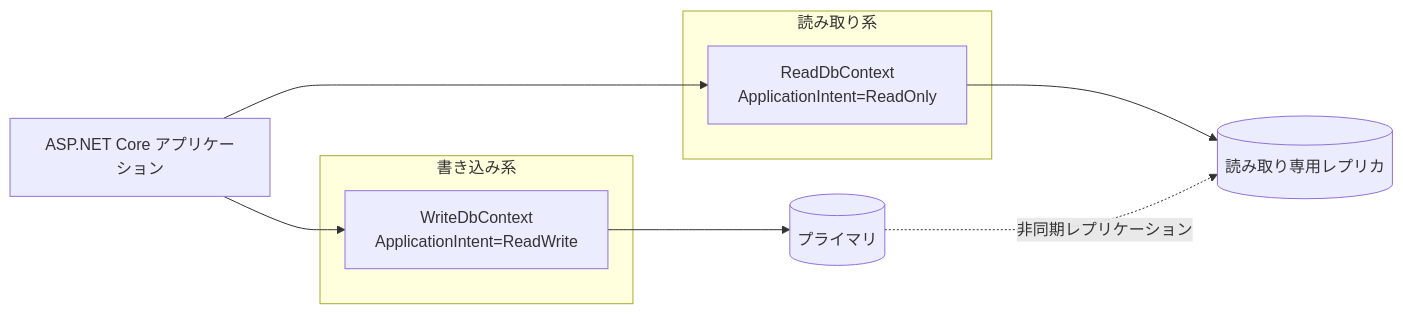
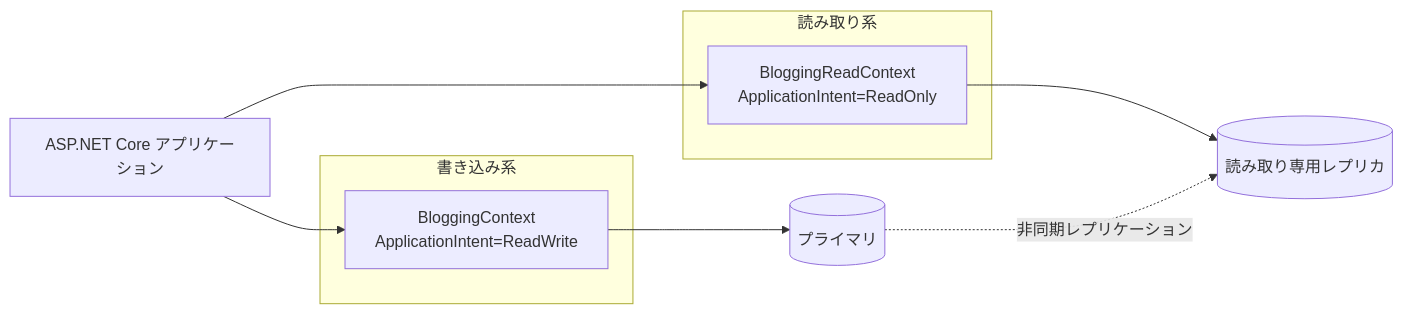
Before and after one commit to microsoft/aspnetcore-ja-handbook: the seventh of 9 diagrams in src/content/docs/08-entity-framework-core/index.md, drawn with Mermaid. The commit also changed other lines of this file, not shown here.

````diff
--- a/src/content/docs/08-entity-framework-core/index.md
+++ b/src/content/docs/08-entity-framework-core/index.md
@@ -1953,16 +2053,16 @@
 ```mermaid
 flowchart LR
     APP["ASP.NET Core アプリケーション"]
     subgraph W["書き込み系"]
-        WC["WriteDbContext<br>ApplicationIntent=ReadWrite"]
+        WC["BloggingContext<br>ApplicationIntent=ReadWrite"]
     end
     subgraph R["読み取り系"]
-        RC["ReadDbContext<br>ApplicationIntent=ReadOnly"]
+        RC["BloggingReadContext<br>ApplicationIntent=ReadOnly"]
     end
     PRI[("プライマリ")]
     REP[("読み取り専用レプリカ")]
 
     APP --> WC --> PRI
     APP --> RC --> REP
     PRI -. "非同期レプリケーション" .-> REP
 ```
````
